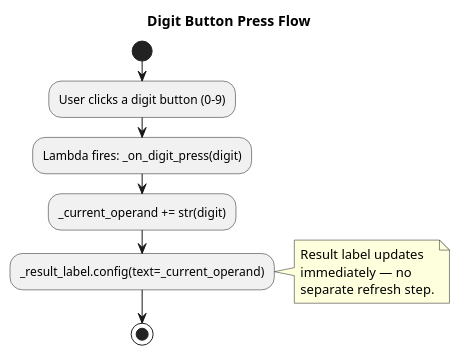
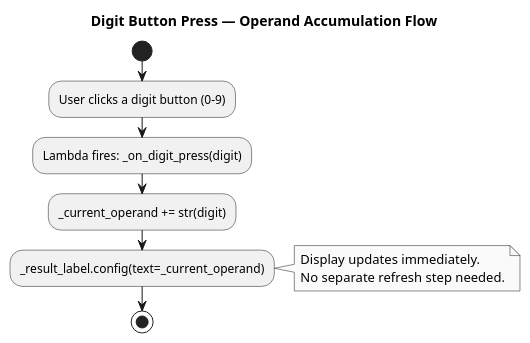
One commit to DanielRiha8906/Calculator_bachelor_autoevolution_team changed the diagram in artifacts/activity_digit_press.puml. Above: the diagram before and after it, drawn with PlantUML. The commit also changed 8 other files, not shown here.

First line of the commit message:
docs: update PlantUML diagrams for iOS-style GuiCalculator redesign

```diff
--- a/artifacts/activity_digit_press.puml
+++ b/artifacts/activity_digit_press.puml
@@ -1,22 +1,23 @@
 @startuml
+skinparam monochrome true
+skinparam shadowing false
 skinparam activityFontSize 12
-title Digit Button Press Flow
+title Digit Button Press — Operand Accumulation Flow
 
 start
 
 :User clicks a digit button (0–9);
 
 :Lambda fires: _on_digit_press(digit);
 
 :_current_operand += str(digit);
 
 :_result_label.config(text=_current_operand);
 
 note right
-  Result label updates
-  immediately — no
-  separate refresh step.
+  Display updates immediately.
+  No separate refresh step needed.
 end note
 
 stop
 @enduml
```
